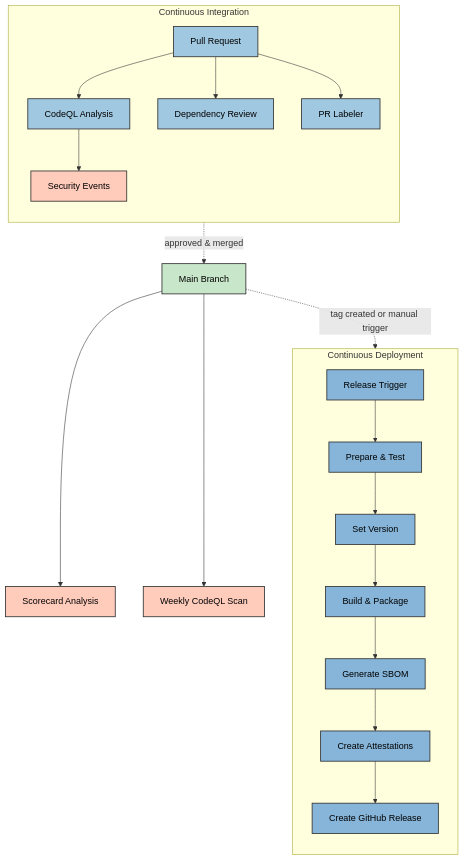
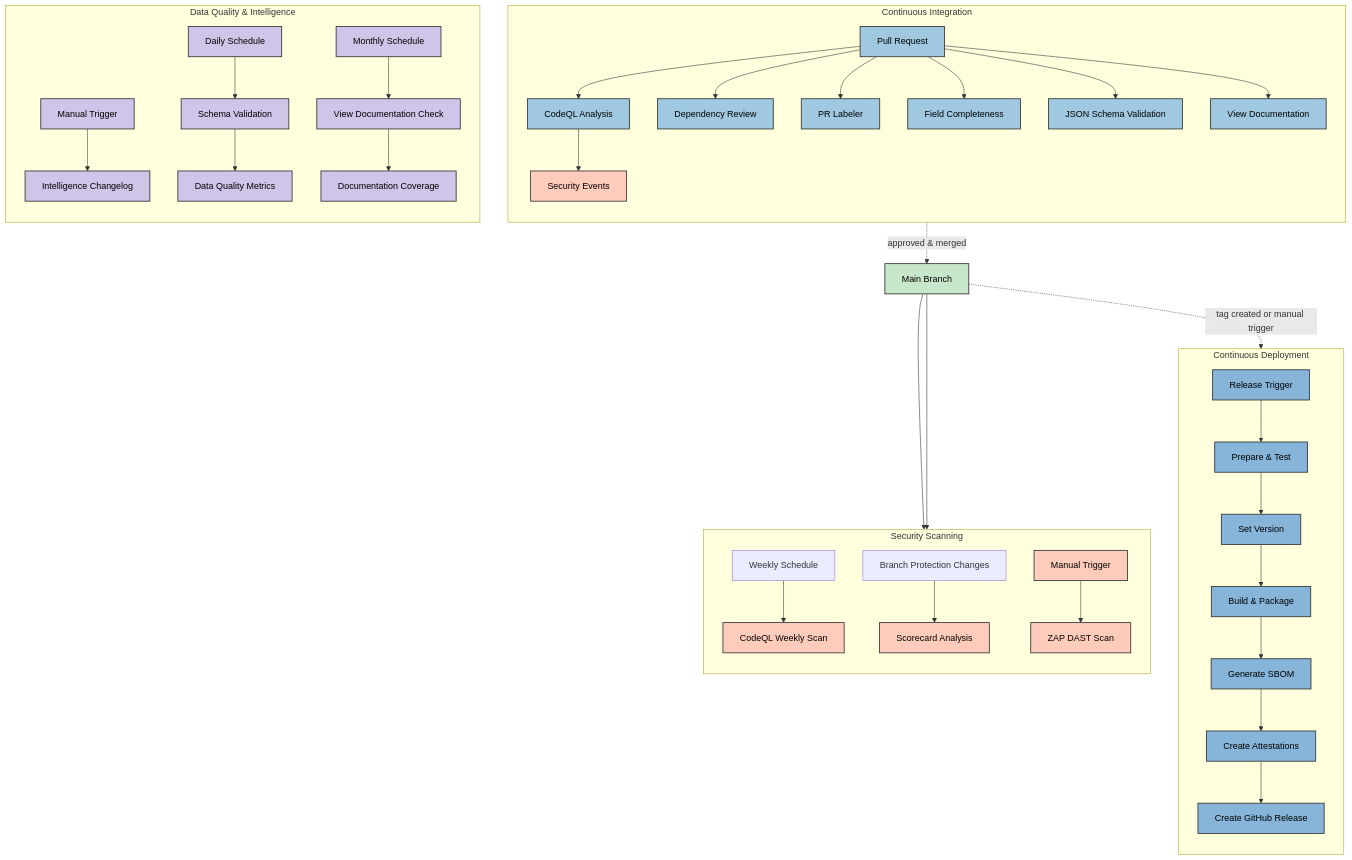
The second of 8 diagrams in WORKFLOWS.md (Hack23/cia), drawn with Mermaid before and after one commit. The commit also changed other lines of this file and 1 other file, not shown here.

First line of the commit message:
Update WORKFLOWS.md and FUTURE_WORKFLOWS.md with complete workflow inventory and AI-driven roadmap (#8203)

````diff
--- a/WORKFLOWS.md
+++ b/WORKFLOWS.md
@@ -102,38 +115,59 @@
 ```mermaid
 flowchart TB
     subgraph "Continuous Integration"
         direction TB
         PR[Pull Request] --> CodeQLScan[CodeQL Analysis]
         PR --> DependencyReview[Dependency Review]
         PR --> Labeler[PR Labeler]
+        PR --> FieldValidation[Field Completeness]
+        PR --> SchemaValidation[JSON Schema Validation]
+        PR --> ViewValidation[View Documentation]
         CodeQLScan --> SecurityEvents[Security Events]
+    end
+    
+    subgraph "Data Quality & Intelligence"
+        direction TB
+        Schedule1[Daily Schedule] --> SchemaCheck[Schema Validation]
+        Schedule2[Monthly Schedule] --> ViewCheck[View Documentation Check]
+        Manual1[Manual Trigger] --> ChangelogGen[Intelligence Changelog]
+        SchemaCheck --> DataQualityMetrics[Data Quality Metrics]
+        ViewCheck --> DocCoverage[Documentation Coverage]
     end
 
     subgraph "Continuous Deployment"
         direction TB
         Release[Release Trigger] --> BuildTest[Prepare & Test]
         BuildTest --> SetVersion[Set Version]
         SetVersion --> BuildPackage[Build & Package]
         BuildPackage --> GenerateSBOM[Generate SBOM]
         GenerateSBOM --> Attestations[Create Attestations]
         Attestations --> CreateRelease[Create GitHub Release]
     end
+    
+    subgraph "Security Scanning"
+        direction TB
+        Weekly[Weekly Schedule] --> WeeklyScan[CodeQL Weekly Scan]
+        BranchProtection[Branch Protection Changes] --> Scorecard[Scorecard Analysis]
+        ManualZAP[Manual Trigger] --> ZAPScan[ZAP DAST Scan]
+    end
 
     PR -.-> |"approved & merged"| main[Main Branch]
-    main --> Scorecard[Scorecard Analysis]
-    main --> WeeklyScan[Weekly CodeQL Scan]
+    main --> Scorecard
+    main --> WeeklyScan
     main -.-> |"tag created or manual trigger"| Release
 
     %% Color styling for visual clarity
     classDef integration fill:#a0c8e0,stroke:#333,stroke-width:1.5px,color:black
     classDef deployment fill:#86b5d9,stroke:#333,stroke-width:1.5px,color:black
     classDef process fill:#c8e6c9,stroke:#333,stroke-width:1.5px,color:black
     classDef trigger fill:#bbdefb,stroke:#333,stroke-width:1.5px,color:black
     classDef security fill:#ffccbc,stroke:#333,stroke-width:1.5px,color:black
+    classDef dataquality fill:#d1c4e9,stroke:#333,stroke-width:1.5px,color:black
     classDef audit fill:#ffecb3,stroke:#333,stroke-width:1.5px,color:black
 
-    class PR,CodeQLScan,DependencyReview,Labeler integration
+    class PR,CodeQLScan,DependencyReview,Labeler,FieldValidation,SchemaValidation,ViewValidation integration
     class Release,BuildTest,SetVersion,BuildPackage,GenerateSBOM,Attestations,CreateRelease deployment
     class main process
-    class SecurityEvents,Scorecard,WeeklyScan security
+    class SecurityEvents,WeeklyScan,Scorecard,ZAPScan,ManualZAP security
+    class Schedule1,Schedule2,Manual1,SchemaCheck,ViewCheck,ChangelogGen,DataQualityMetrics,DocCoverage dataquality
 ```
````
